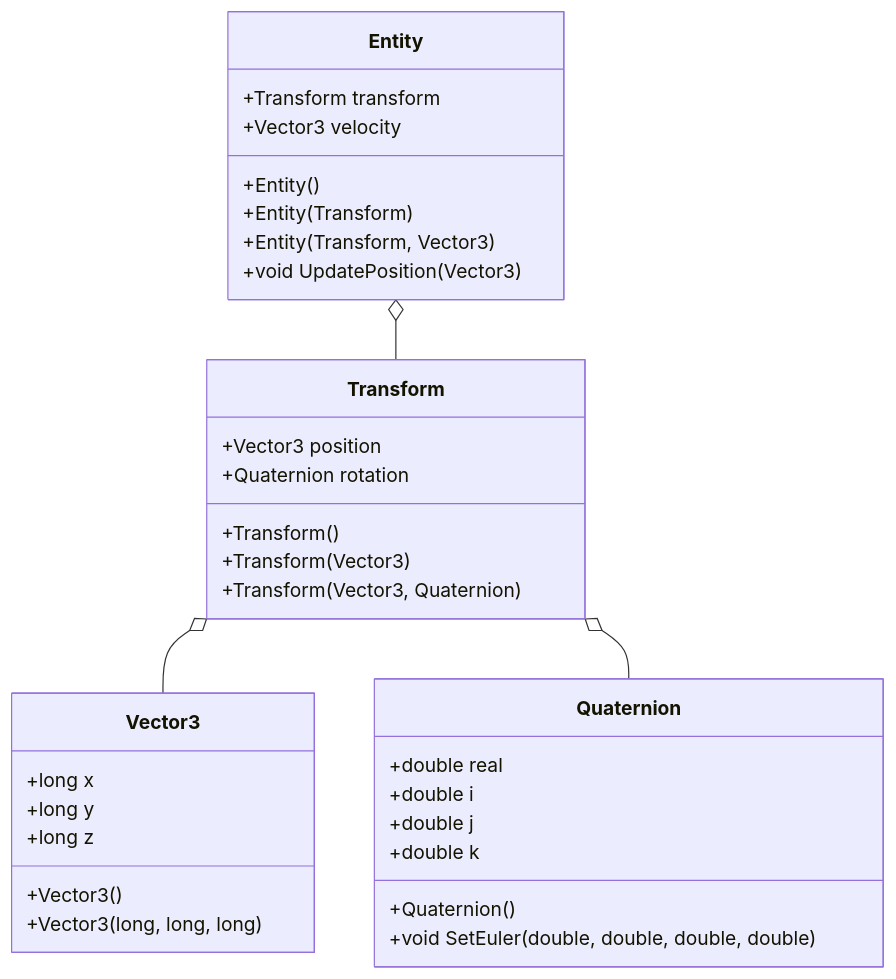
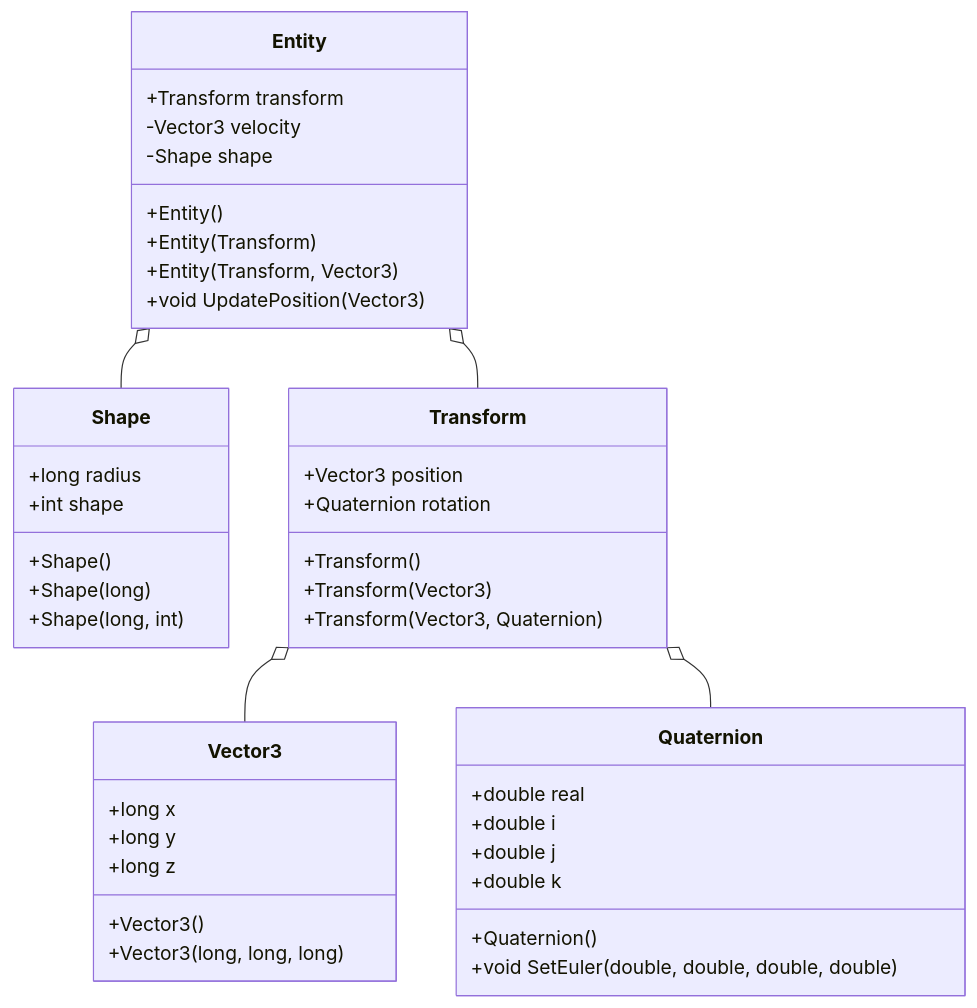
The diagram in README.md (RockingCone/Rigidbody-Physics-Simulator), drawn with Mermaid before and after one commit. The commit also changed 1 other file, not shown here.

Commit message:
Modified Class Diagram to fit with adjusted plan

````diff
--- a/README.md
+++ b/README.md
@@ -11,46 +11,57 @@
 ```mermaid
 classDiagram
 
+class Shape {
+    +long radius
+    +int shape
+
+    +Shape()
+    +Shape(long)
+    +Shape(long, int)
+}
+
 class Entity {
     +Transform transform
-    +Vector3 velocity
+    -Vector3 velocity
+    -Shape shape
 
     +Entity()
     +Entity(Transform)
     +Entity(Transform, Vector3)
 
     +void UpdatePosition(Vector3)
 }
 
 class Transform {
     +Vector3 position
     +Quaternion rotation
 
     +Transform()
     +Transform(Vector3)
     +Transform(Vector3, Quaternion)
 }
 
 class Vector3 {
     +long x
     +long y
     +long z
 
     +Vector3()
     +Vector3(long, long, long)
 }
 
 class Quaternion {
     +double real
     +double i
     +double j
     +double k
 
     +Quaternion()
     +void SetEuler(double, double, double, double)
 }
 
+Entity o-- Shape
 Entity o-- Transform
 Transform o-- Vector3
 Transform o-- Quaternion
 ```
````
